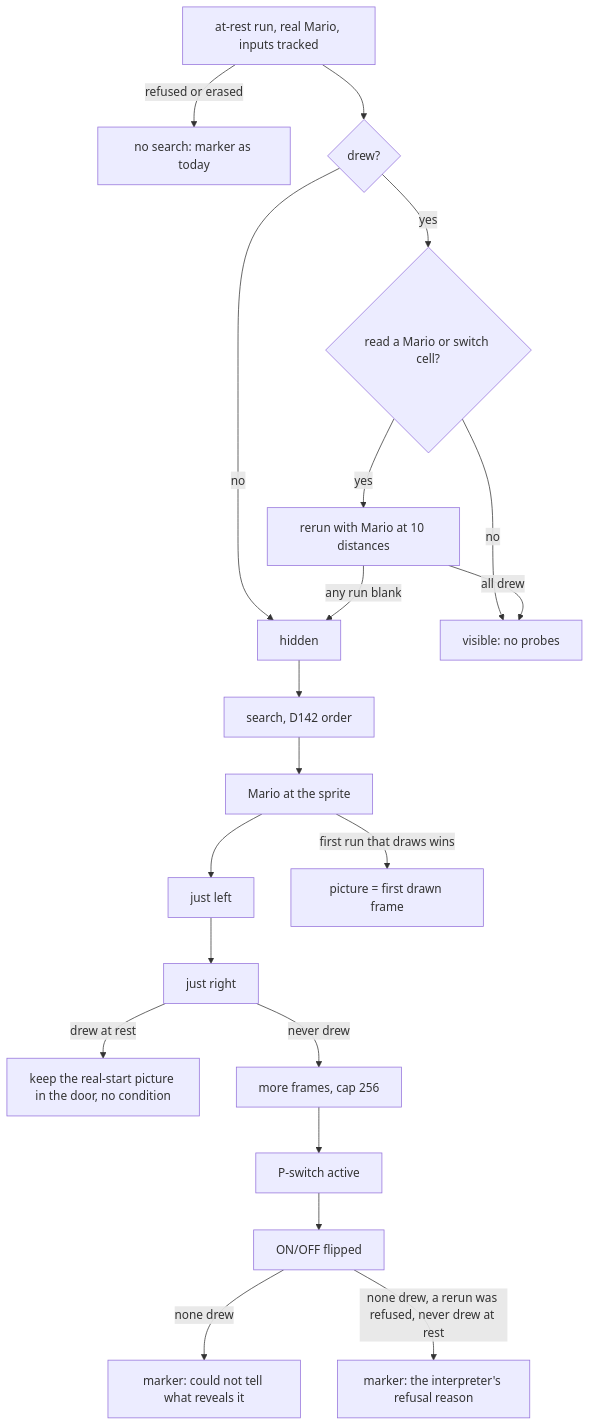
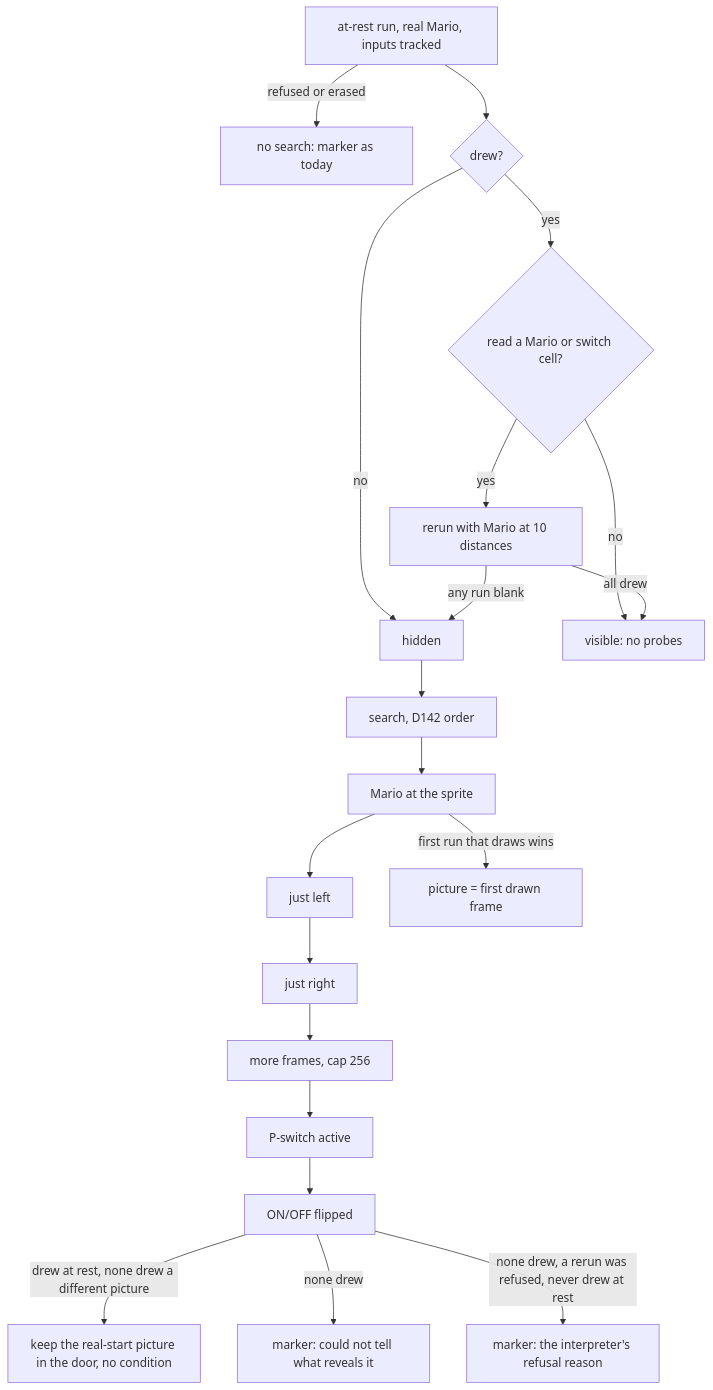
The diagram in docs/rom/reveal-search.md (en-gen/hackbench), drawn with Mermaid before and after one commit. The commit also changed other lines of this file and 10 other files, not shown here.

Commit message:
Reveal search: a hidden sprite that drew at rest gets all six conditions; same-as-rest repeats are not reveals (#1365)

````diff
--- a/docs/rom/reveal-search.md
+++ b/docs/rom/reveal-search.md
@@ -12,20 +12,20 @@
 ```mermaid
 flowchart TD
   A[at-rest run, real Mario, inputs tracked] -->|refused or erased| Z[no search: marker as today]
   A --> B{drew?}
   B -->|no| H[hidden]
   B -->|yes| K{read a Mario or switch cell?}
   K -->|no| V[visible: no probes]
   K -->|yes| C[rerun with Mario at 10 distances]
   C -->|any run blank| H
   C -->|all drew| V
   H --> S[search, D142 order]
   S --> S1[Mario at the sprite]
   S1 --> S2[just left] --> S3[just right]
-  S3 -->|drew at rest| N[keep the real-start picture in the door, no condition]
-  S3 -->|never drew| S4[more frames, cap 256]
+  S3 --> S4[more frames, cap 256]
   S4 --> S5[P-switch active] --> S6[ON/OFF flipped]
+  S6 -->|drew at rest, none drew a different picture| N[keep the real-start picture in the door, no condition]
   S1 -->|first run that draws wins| P[picture = first drawn frame]
   S6 -->|none drew| M[marker: could not tell what reveals it]
   S6 -->|none drew, a rerun was refused, never drew at rest| R[marker: the interpreter's refusal reason]
 ```
````
